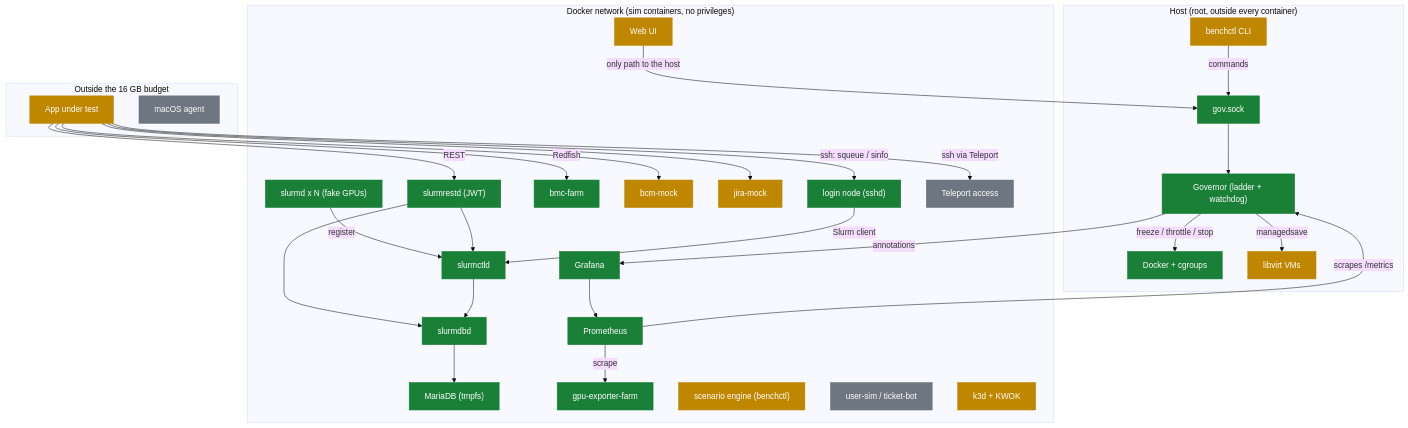
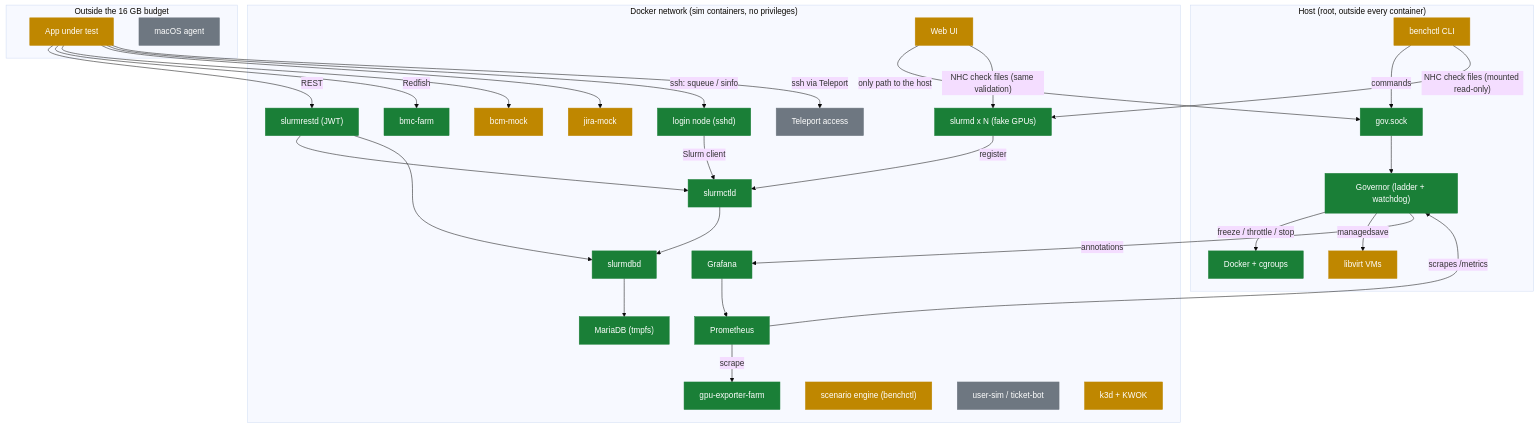
One commit to AhmedYousriSobhi/workbench changed the second of 2 diagrams in docs/PROGRESS.md. Above: the diagram before and after it, drawn with Mermaid (base theme). The commit also changed other lines of this file and 31 other files, not shown here.

````diff
--- a/docs/PROGRESS.md
+++ b/docs/PROGRESS.md
@@ -32,58 +32,60 @@
 ```mermaid
 flowchart TB
     subgraph host["Host (root, outside every container)"]
         benchctl["benchctl CLI"]:::partial
         gov["Governor (ladder + watchdog)"]:::done
         sock["gov.sock"]:::done
         docker["Docker + cgroups"]:::done
         libvirt["libvirt VMs"]:::partial
     end
     subgraph net["Docker network (sim containers, no privileges)"]
         ctld["slurmctld"]:::done
         slurmd["slurmd x N (fake GPUs)"]:::done
         restd["slurmrestd (JWT)"]:::done
         dbd["slurmdbd"]:::done
         maria["MariaDB (tmpfs)"]:::done
         prom["Prometheus"]:::done
         graf["Grafana"]:::done
         gpux["gpu-exporter-farm"]:::done
         bmc["bmc-farm"]:::done
         bcm["bcm-mock"]:::partial
         jira["jira-mock"]:::partial
         login["login node (sshd)"]:::done
         tele["Teleport access"]:::todo
         chaos["scenario engine (benchctl)"]:::partial
         users["user-sim / ticket-bot"]:::todo
         k8s["k3d + KWOK"]:::partial
         webui["Web UI"]:::partial
     end
     subgraph ext["Outside the 16 GB budget"]
         app["App under test"]:::partial
         mac["macOS agent"]:::todo
     end
     benchctl -->|"commands"| sock
     sock --> gov
     gov -->|"freeze / throttle / stop"| docker
     gov -->|"managedsave"| libvirt
     prom -->|"scrapes /metrics"| gov
     gov -->|"annotations"| graf
     slurmd -->|"register"| ctld
     restd --> ctld
     restd --> dbd
     ctld --> dbd
     dbd --> maria
     prom -->|"scrape"| gpux
     graf --> prom
     webui -->|"only path to the host"| sock
+    benchctl -->|"NHC check files (mounted read-only)"| slurmd
+    webui -->|"NHC check files (same validation)"| slurmd
     app -->|"REST"| restd
     app -->|"Redfish"| bmc
     app --> bcm
     app --> jira
     app -->|"ssh: squeue / sinfo"| login
     login -->|"Slurm client"| ctld
     app -->|"ssh via Teleport"| tele
     classDef done fill:#1a7f37,stroke:#1a7f37,color:#fff
     classDef review fill:#0969da,stroke:#0969da,color:#fff
     classDef partial fill:#bf8700,stroke:#bf8700,color:#fff
     classDef todo fill:#6e7781,stroke:#6e7781,color:#fff
 ```
````
